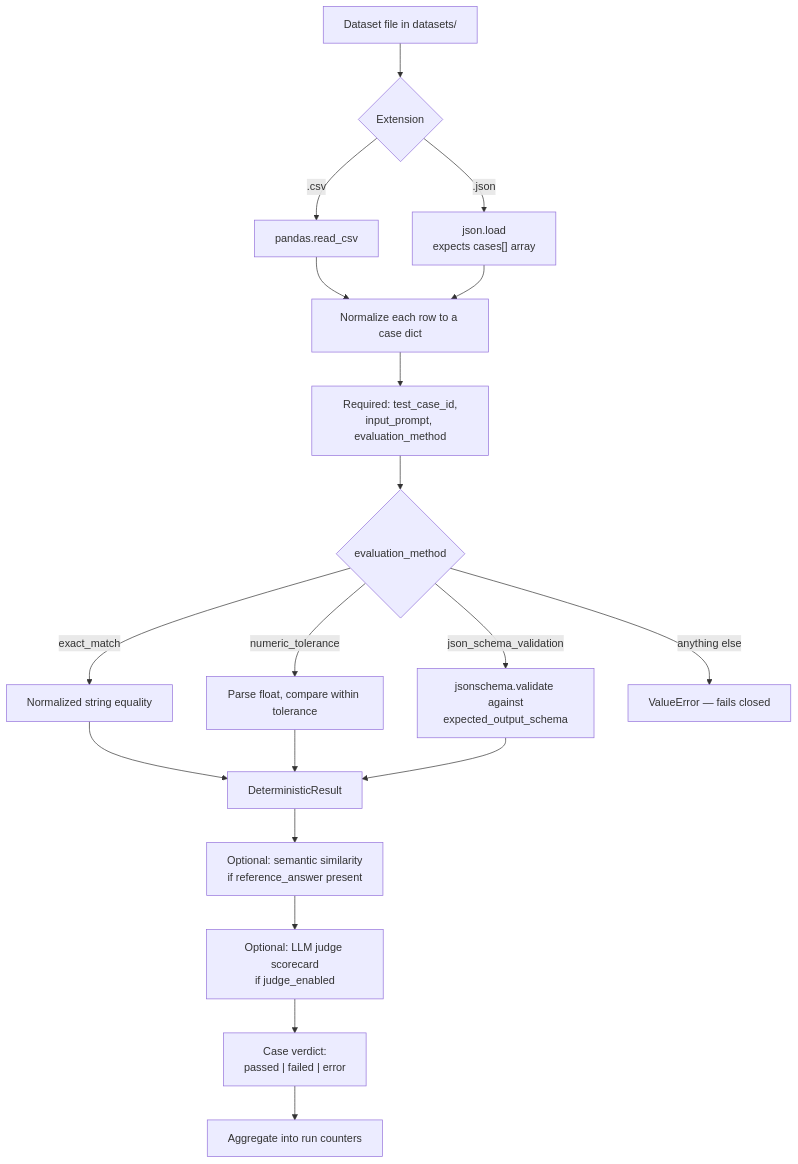
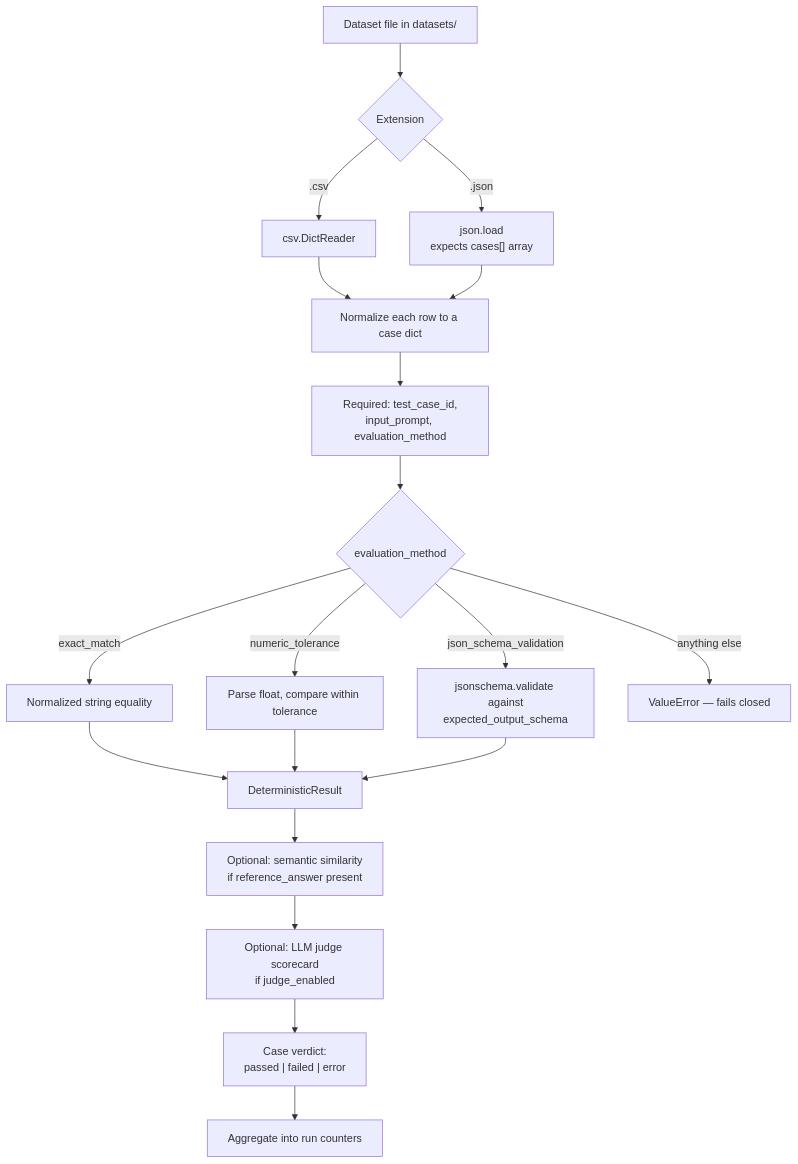
Before and after one commit to ZaidSaudagar/end-to-end-llm-testing-benchmarking-regression-analysis: the diagram in docs/diagrams/09-dataset-loading-and-scoring.mmd, drawn with Mermaid. The commit also changed 20 other files, not shown here.

```diff
--- a/docs/diagrams/09-dataset-loading-and-scoring.mmd
+++ b/docs/diagrams/09-dataset-loading-and-scoring.mmd
@@ -1,24 +1,24 @@
 flowchart TD
     A["Dataset file in datasets/"] --> B{"Extension"}
-    B -->|".csv"| C["pandas.read_csv"]
+    B -->|".csv"| C["csv.DictReader"]
     B -->|".json"| D["json.load<br/>expects cases[] array"]
 
     C --> E["Normalize each row to a case dict"]
     D --> E
 
     E --> F["Required: test_case_id,<br/>input_prompt, evaluation_method"]
     F --> G{"evaluation_method"}
     G -->|"exact_match"| H["Normalized string equality"]
     G -->|"numeric_tolerance"| I["Parse float, compare within tolerance"]
     G -->|"json_schema_validation"| J["jsonschema.validate against<br/>expected_output_schema"]
     G -->|"anything else"| K["ValueError — fails closed"]
 
     H --> L["DeterministicResult"]
     I --> L
     J --> L
 
     L --> M["Optional: semantic similarity<br/>if reference_answer present"]
     M --> N["Optional: LLM judge scorecard<br/>if judge_enabled"]
 
     N --> O["Case verdict:<br/>passed | failed | error"]
     O --> P["Aggregate into run counters"]
```
